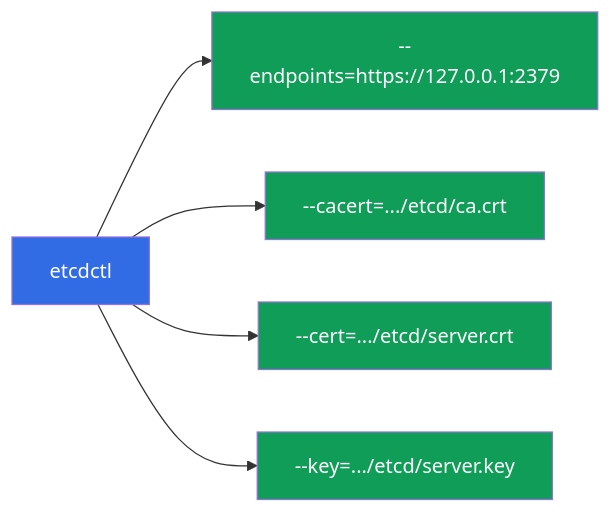
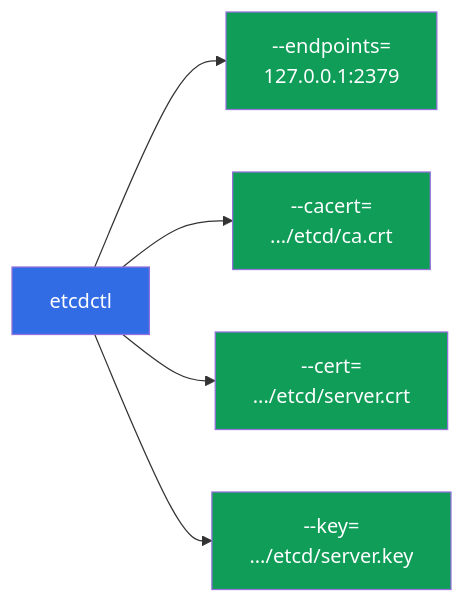
The second of 6 diagrams in tasks/cka/course/37/ru.md (ViktorUJ/cks), drawn with Mermaid before and after one commit. The commit also changed other lines of this file and 30 other files, not shown here.

````diff
--- a/tasks/cka/course/37/ru.md
+++ b/tasks/cka/course/37/ru.md
@@ -56,12 +56,12 @@
 ```mermaid
 flowchart LR
-    etcdctl["etcdctl"] --> ep["--endpoints=https://127.0.0.1:2379"]
-    etcdctl --> ca["--cacert=.../etcd/ca.crt"]
-    etcdctl --> cert["--cert=.../etcd/server.crt"]
-    etcdctl --> key["--key=.../etcd/server.key"]
+    etcdctl["etcdctl"] --> ep["--endpoints=<br>127.0.0.1:2379"]
+    etcdctl --> ca["--cacert=<br>.../etcd/ca.crt"]
+    etcdctl --> cert["--cert=<br>.../etcd/server.crt"]
+    etcdctl --> key["--key=<br>.../etcd/server.key"]
     style etcdctl fill:#326ce5,color:#fff
     style ep fill:#0f9d58,color:#fff
     style ca fill:#0f9d58,color:#fff
     style cert fill:#0f9d58,color:#fff
     style key fill:#0f9d58,color:#fff
 ```
````
